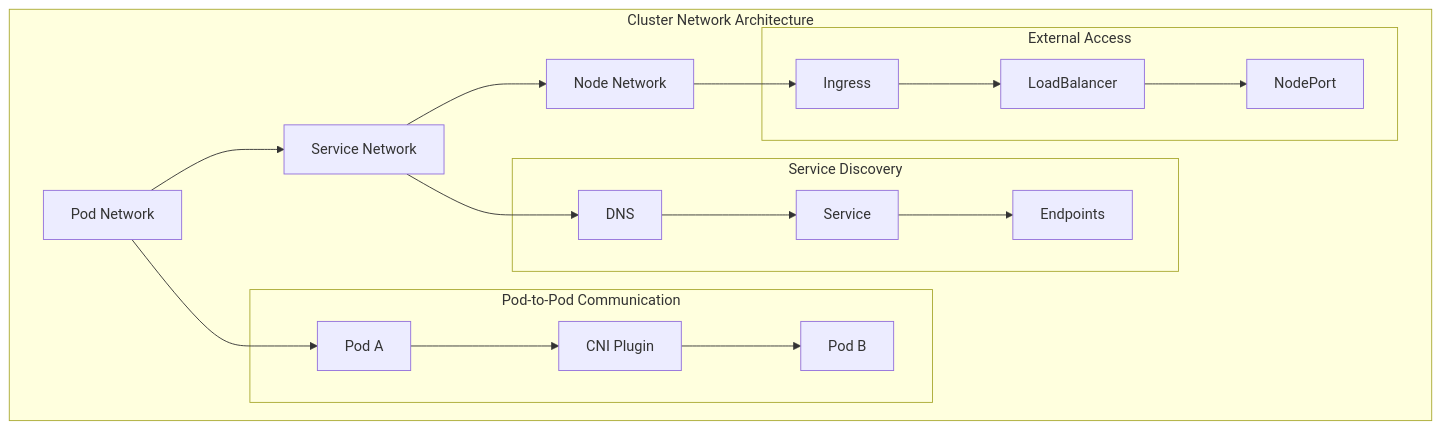
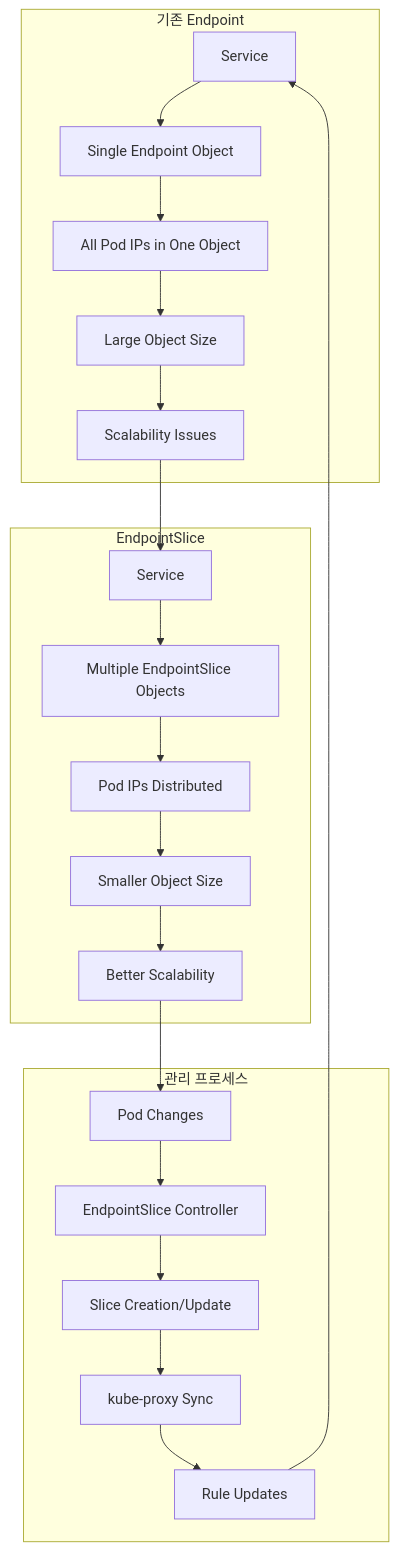
The fourth of 4 diagrams in week_02/day_03/session_04.md (niceguy61/kdt_devops_lecture_2025), drawn with Mermaid before and after one commit. The commit also changed other lines of this file and 38 other files, not shown here.

````diff
--- a/week_02/day_03/session_04.md
+++ b/week_02/day_03/session_04.md
@@ -15,26 +368,27 @@
 ```mermaid
 graph TB
-    subgraph "Cluster Network Architecture"
-        A[Pod Network] --> B[Service Network]
-        B --> C[Node Network]
-        
-        subgraph "Pod-to-Pod Communication"
-            D[Pod A] --> E[CNI Plugin]
-            E --> F[Pod B]
-        end
-        
-        subgraph "Service Discovery"
-            G[DNS] --> H[Service]
-            H --> I[Endpoints]
-        end
-        
-        subgraph "External Access"
-            J[Ingress] --> K[LoadBalancer]
-            K --> L[NodePort]
-        end
+    subgraph "기존 Endpoint"
+        A[Service] --> B[Single Endpoint Object]
+        B --> C[All Pod IPs in One Object]
+        C --> D[Large Object Size]
+        D --> E[Scalability Issues]
     end
     
-    A --> D
-    B --> G
-    C --> J
+    subgraph "EndpointSlice"
+        F[Service] --> G[Multiple EndpointSlice Objects]
+        G --> H[Pod IPs Distributed]
+        H --> I[Smaller Object Size]
+        I --> J[Better Scalability]
+    end
+    
+    subgraph "관리 프로세스"
+        K[Pod Changes] --> L[EndpointSlice Controller]
+        L --> M[Slice Creation/Update]
+        M --> N[kube-proxy Sync]
+        N --> O[Rule Updates]
+    end
+    
+    E --> F
+    J --> K
+    O --> A
 ```
````
